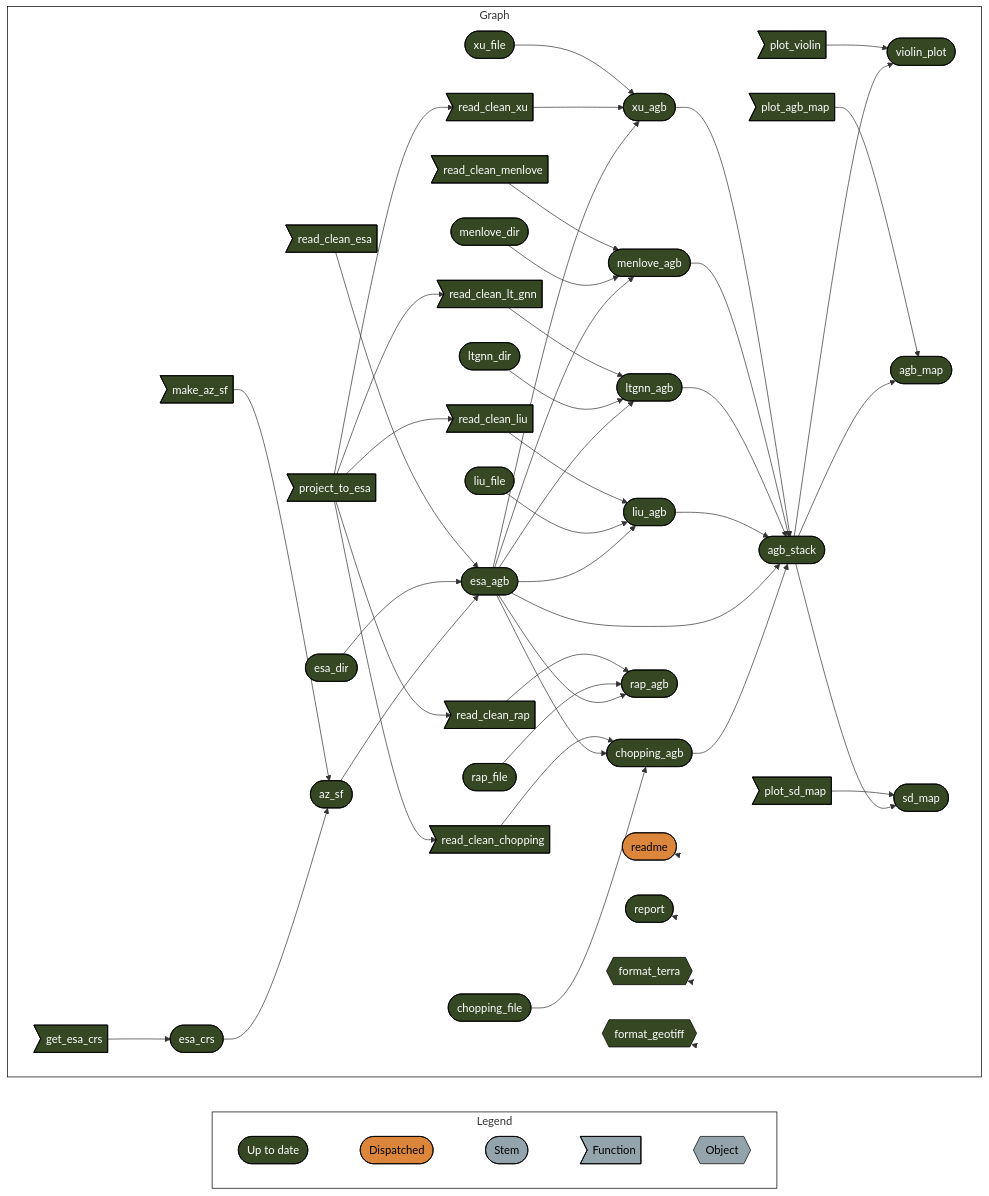
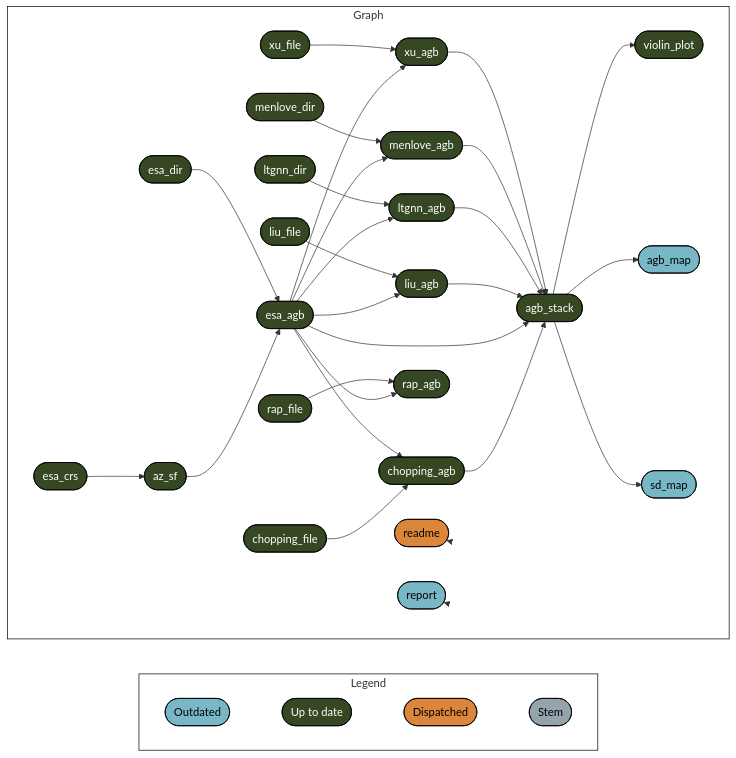
The diagram in README.md (EcosystemEcologyLab/SW_Biomass), drawn with Mermaid before and after one commit. The commit also changed other lines of this file and 7 other files, not shown here.

````diff
--- a/README.md
+++ b/README.md
@@ -34,71 +34,49 @@
 ``` mermaid
 graph LR
   style Legend fill:#FFFFFF00,stroke:#000000;
   style Graph fill:#FFFFFF00,stroke:#000000;
   subgraph Legend
     direction LR
+    x0a52b03877696646([""Outdated""]):::outdated --- x7420bd9270f8d27d([""Up to date""]):::uptodate
     x7420bd9270f8d27d([""Up to date""]):::uptodate --- xa8565c104d8f0705([""Dispatched""]):::dispatched
     xa8565c104d8f0705([""Dispatched""]):::dispatched --- xbf4603d6c2c2ad6b([""Stem""]):::none
-    xbf4603d6c2c2ad6b([""Stem""]):::none --- xf0bce276fe2b9d3e>""Function""]:::none
-    xf0bce276fe2b9d3e>""Function""]:::none --- x5bffbffeae195fc9{{""Object""}}:::none
   end
   subgraph Graph
     direction LR
-    x15053a1937322e53>"project_to_esa"]:::uptodate --> xde19c2d7710a74aa>"read_clean_rap"]:::uptodate
-    x15053a1937322e53>"project_to_esa"]:::uptodate --> x2ee228b19c0d6b2e>"read_clean_lt_gnn"]:::uptodate
-    x15053a1937322e53>"project_to_esa"]:::uptodate --> xbfd36d72c68a4204>"read_clean_xu"]:::uptodate
-    x15053a1937322e53>"project_to_esa"]:::uptodate --> x2e41000e16e546a0>"read_clean_chopping"]:::uptodate
-    x15053a1937322e53>"project_to_esa"]:::uptodate --> x1370436f84d35134>"read_clean_liu"]:::uptodate
     x9f7f8cade5fecf35(["esa_agb"]):::uptodate --> xb420f92ea294cb0b(["menlove_agb"]):::uptodate
     x5086af9665941a9e(["menlove_dir"]):::uptodate --> xb420f92ea294cb0b(["menlove_agb"]):::uptodate
-    x27c0fa2f25cfb3e9>"read_clean_menlove"]:::uptodate --> xb420f92ea294cb0b(["menlove_agb"]):::uptodate
     x9f7f8cade5fecf35(["esa_agb"]):::uptodate --> xe4f3f2f15e724def(["liu_agb"]):::uptodate
     x26d0dae1bf6fcb39(["liu_file"]):::uptodate --> xe4f3f2f15e724def(["liu_agb"]):::uptodate
-    x1370436f84d35134>"read_clean_liu"]:::uptodate --> xe4f3f2f15e724def(["liu_agb"]):::uptodate
     x74a8a38fc5a3e271(["agb_stack"]):::uptodate --> xfe73ce9654aaf612(["violin_plot"]):::uptodate
-    xedcb472b0f99a86e>"plot_violin"]:::uptodate --> xfe73ce9654aaf612(["violin_plot"]):::uptodate
-    x484a8c2275f038c1>"get_esa_crs"]:::uptodate --> xe27203ab4d91def0(["esa_crs"]):::uptodate
     x10672e980111f5c2(["chopping_agb"]):::uptodate --> x74a8a38fc5a3e271(["agb_stack"]):::uptodate
     x9f7f8cade5fecf35(["esa_agb"]):::uptodate --> x74a8a38fc5a3e271(["agb_stack"]):::uptodate
     xe4f3f2f15e724def(["liu_agb"]):::uptodate --> x74a8a38fc5a3e271(["agb_stack"]):::uptodate
     x7ff1622cd5d030f8(["ltgnn_agb"]):::uptodate --> x74a8a38fc5a3e271(["agb_stack"]):::uptodate
     xb420f92ea294cb0b(["menlove_agb"]):::uptodate --> x74a8a38fc5a3e271(["agb_stack"]):::uptodate
     x6bb719b45bfee760(["xu_agb"]):::uptodate --> x74a8a38fc5a3e271(["agb_stack"]):::uptodate
     x9f7f8cade5fecf35(["esa_agb"]):::uptodate --> x6bb719b45bfee760(["xu_agb"]):::uptodate
-    xbfd36d72c68a4204>"read_clean_xu"]:::uptodate --> x6bb719b45bfee760(["xu_agb"]):::uptodate
     x39b0a131ab7dd2d0(["xu_file"]):::uptodate --> x6bb719b45bfee760(["xu_agb"]):::uptodate
     x80cf9d1bb79c21e3(["chopping_file"]):::uptodate --> x10672e980111f5c2(["chopping_agb"]):::uptodate
     x9f7f8cade5fecf35(["esa_agb"]):::uptodate --> x10672e980111f5c2(["chopping_agb"]):::uptodate
-    x2e41000e16e546a0>"read_clean_chopping"]:::uptodate --> x10672e980111f5c2(["chopping_agb"]):::uptodate
     xf416ae3442540291(["az_sf"]):::uptodate --> x9f7f8cade5fecf35(["esa_agb"]):::uptodate
     xb91305eee1f5b0b5(["esa_dir"]):::uptodate --> x9f7f8cade5fecf35(["esa_agb"]):::uptodate
-    x512622e89e705564>"read_clean_esa"]:::uptodate --> x9f7f8cade5fecf35(["esa_agb"]):::uptodate
     x9f7f8cade5fecf35(["esa_agb"]):::uptodate --> x5688b5ef6bcea6f9(["rap_agb"]):::uptodate
     x9889d33e942dc03b(["rap_file"]):::uptodate --> x5688b5ef6bcea6f9(["rap_agb"]):::uptodate
-    xde19c2d7710a74aa>"read_clean_rap"]:::uptodate --> x5688b5ef6bcea6f9(["rap_agb"]):::uptodate
     xe27203ab4d91def0(["esa_crs"]):::uptodate --> xf416ae3442540291(["az_sf"]):::uptodate
-    x002baa940db17278>"make_az_sf"]:::uptodate --> xf416ae3442540291(["az_sf"]):::uptodate
-    x74a8a38fc5a3e271(["agb_stack"]):::uptodate --> xd959ad20dd7fd009(["agb_map"]):::uptodate
-    x36e40ad674dfb886>"plot_agb_map"]:::uptodate --> xd959ad20dd7fd009(["agb_map"]):::uptodate
+    x74a8a38fc5a3e271(["agb_stack"]):::uptodate --> xd959ad20dd7fd009(["agb_map"]):::outdated
     x9f7f8cade5fecf35(["esa_agb"]):::uptodate --> x7ff1622cd5d030f8(["ltgnn_agb"]):::uptodate
     xc968c07864940097(["ltgnn_dir"]):::uptodate --> x7ff1622cd5d030f8(["ltgnn_agb"]):::uptodate
-    x2ee228b19c0d6b2e>"read_clean_lt_gnn"]:::uptodate --> x7ff1622cd5d030f8(["ltgnn_agb"]):::uptodate
-    x74a8a38fc5a3e271(["agb_stack"]):::uptodate --> x7dce032f25b5c564(["sd_map"]):::uptodate
-    xfa8cb7ee3b5a88ac>"plot_sd_map"]:::uptodate --> x7dce032f25b5c564(["sd_map"]):::uptodate
+    x74a8a38fc5a3e271(["agb_stack"]):::uptodate --> x7dce032f25b5c564(["sd_map"]):::outdated
     x6e52cb0f1668cc22(["readme"]):::dispatched --> x6e52cb0f1668cc22(["readme"]):::dispatched
-    xe0fba61fbc506510(["report"]):::uptodate --> xe0fba61fbc506510(["report"]):::uptodate
-    x2c2b2c1581769871{{"format_terra"}}:::uptodate --> x2c2b2c1581769871{{"format_terra"}}:::uptodate
-    xbc9cd486be05e6c1{{"format_geotiff"}}:::uptodate --> xbc9cd486be05e6c1{{"format_geotiff"}}:::uptodate
+    xe0fba61fbc506510(["report"]):::outdated --> xe0fba61fbc506510(["report"]):::outdated
   end
+  classDef outdated stroke:#000000,color:#000000,fill:#78B7C5;
   classDef uptodate stroke:#000000,color:#ffffff,fill:#354823;
   classDef dispatched stroke:#000000,color:#000000,fill:#DC863B;
   classDef none stroke:#000000,color:#000000,fill:#94a4ac;
   linkStyle 0 stroke-width:0px;
   linkStyle 1 stroke-width:0px;
   linkStyle 2 stroke-width:0px;
-  linkStyle 3 stroke-width:0px;
-  linkStyle 45 stroke-width:0px;
-  linkStyle 46 stroke-width:0px;
-  linkStyle 47 stroke-width:0px;
-  linkStyle 48 stroke-width:0px;
+  linkStyle 27 stroke-width:0px;
+  linkStyle 28 stroke-width:0px;
 ```
````
